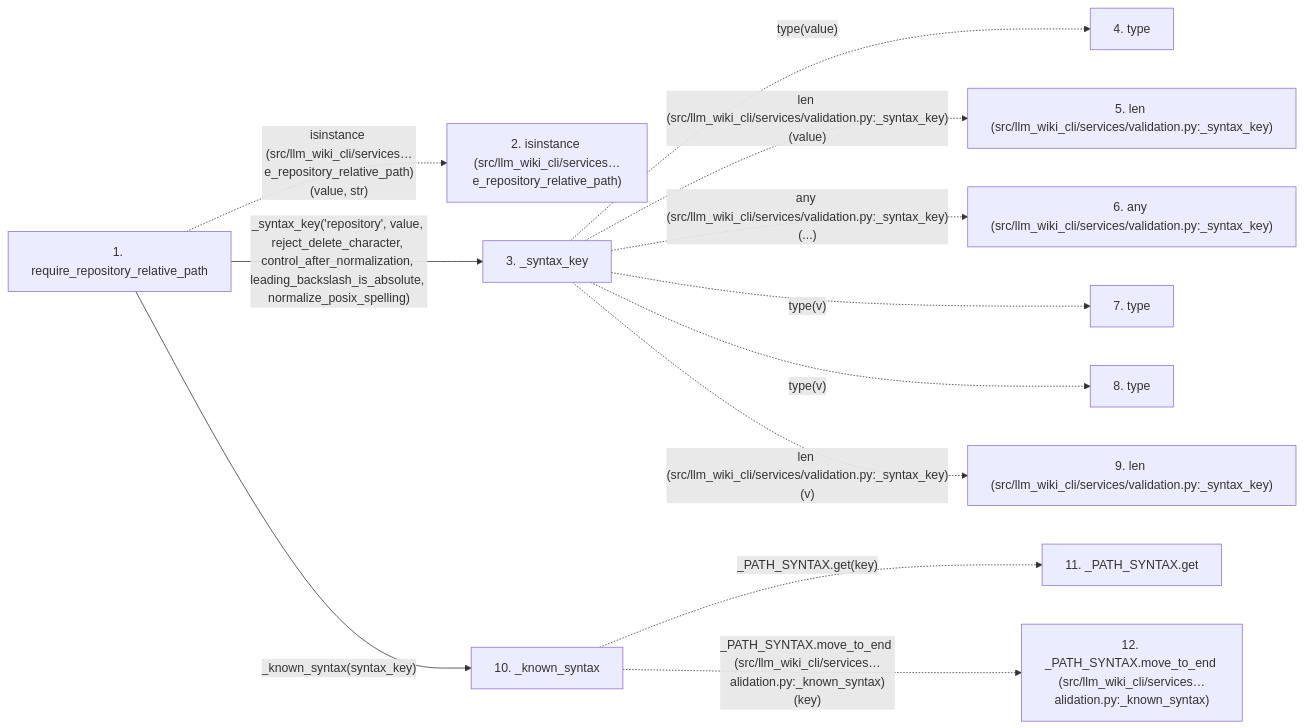
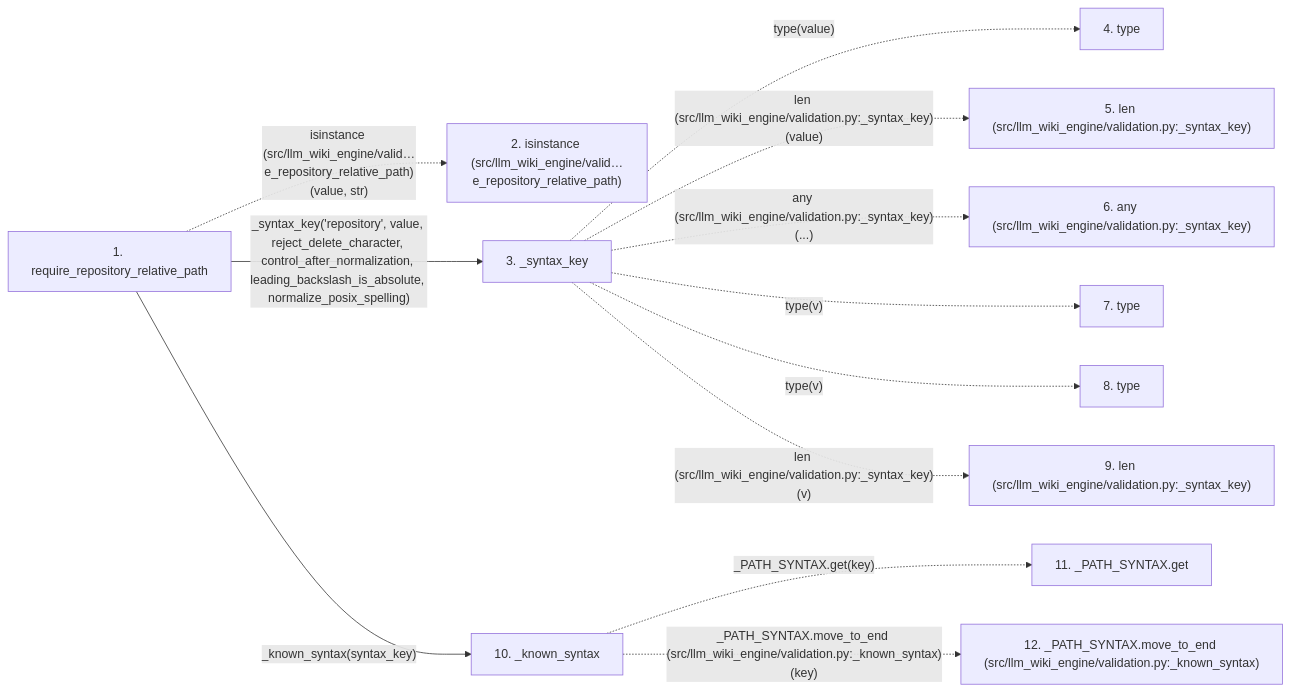
One commit to Denissvgn/python-wiki-llm changed the second of 2 diagrams in docs/llm_wiki/flows/api-require_repository_relative_path.md. Above: the diagram before and after it, drawn with Mermaid. The commit also changed other lines of this file and 1103 other files, not shown here.

First line of the commit message:
docs: refresh the wiki for the llm-wiki-engine distribution

````diff
--- a/docs/llm_wiki/flows/api-require_repository_relative_path.md
+++ b/docs/llm_wiki/flows/api-require_repository_relative_path.md
@@ -122,29 +122,29 @@
 ```mermaid
 flowchart LR
     s1["1. require_repository_relative_path"]
-    s2["2. isinstance (src/llm_wiki_cli/services…e_repository_relative_path)"]
+    s2["2. isinstance (src/llm_wiki_engine/valid…e_repository_relative_path)"]
     s3["3. _syntax_key"]
     s4["4. type"]
-    s5["5. len (src/llm_wiki_cli/services/validation.py:_syntax_key)"]
-    s6["6. any (src/llm_wiki_cli/services/validation.py:_syntax_key)"]
+    s5["5. len (src/llm_wiki_engine/validation.py:_syntax_key)"]
+    s6["6. any (src/llm_wiki_engine/validation.py:_syntax_key)"]
     s7["7. type"]
     s8["8. type"]
-    s9["9. len (src/llm_wiki_cli/services/validation.py:_syntax_key)"]
+    s9["9. len (src/llm_wiki_engine/validation.py:_syntax_key)"]
     s10["10. _known_syntax"]
     s11["11. _PATH_SYNTAX.get"]
-    s12["12. _PATH_SYNTAX.move_to_end (src/llm_wiki_cli/services…alidation.py:_known_syntax)"]
-    s1 -. "isinstance (src/llm_wiki_cli/services…e_repository_relative_path)(value, str)" .-> s2
+    s12["12. _PATH_SYNTAX.move_to_end (src/llm_wiki_engine/validation.py:_known_syntax)"]
+    s1 -. "isinstance (src/llm_wiki_engine/valid…e_repository_relative_path)(value, str)" .-> s2
     s1 -->|"_syntax_key('repository', value, reject_delete_character, control_after_normalization, leading_backslash_is_absolute, normalize_posix_spelling)"| s3
     s3 -. "type(value)" .-> s4
-    s3 -. "len (src/llm_wiki_cli/services/validation.py:_syntax_key)(value)" .-> s5
-    s3 -. "any (src/llm_wiki_cli/services/validation.py:_syntax_key)(...)" .-> s6
+    s3 -. "len (src/llm_wiki_engine/validation.py:_syntax_key)(value)" .-> s5
+    s3 -. "any (src/llm_wiki_engine/validation.py:_syntax_key)(...)" .-> s6
     s3 -. "type(v)" .-> s7
     s3 -. "type(v)" .-> s8
-    s3 -. "len (src/llm_wiki_cli/services/validation.py:_syntax_key)(v)" .-> s9
+    s3 -. "len (src/llm_wiki_engine/validation.py:_syntax_key)(v)" .-> s9
     s1 -->|"_known_syntax(syntax_key)"| s10
     s10 -. "_PATH_SYNTAX.get(key)" .-> s11
-    s10 -. "_PATH_SYNTAX.move_to_end (src/llm_wiki_cli/services…alidation.py:_known_syntax)(key)" .-> s12
+    s10 -. "_PATH_SYNTAX.move_to_end (src/llm_wiki_engine/validation.py:_known_syntax)(key)" .-> s12
     click s1 "../modules/validation.md"
     click s3 "../modules/validation.md"
     click s10 "../modules/validation.md"
 ```
````
